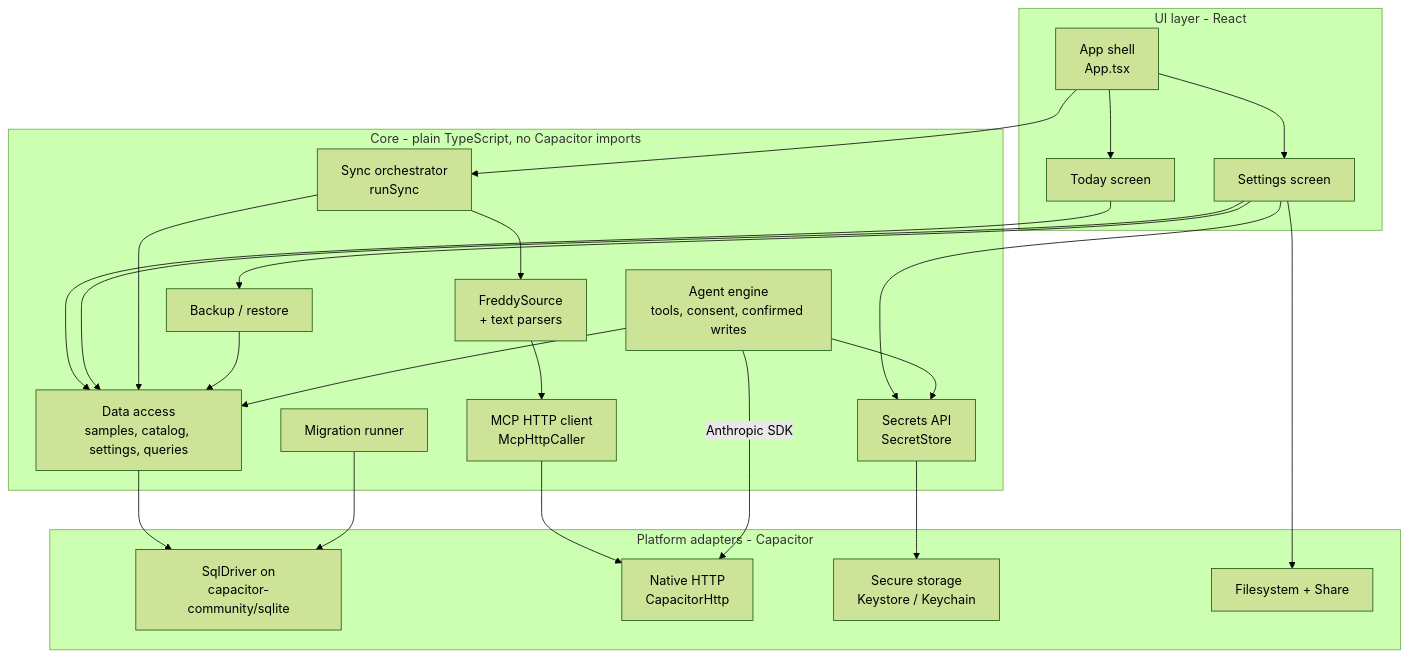
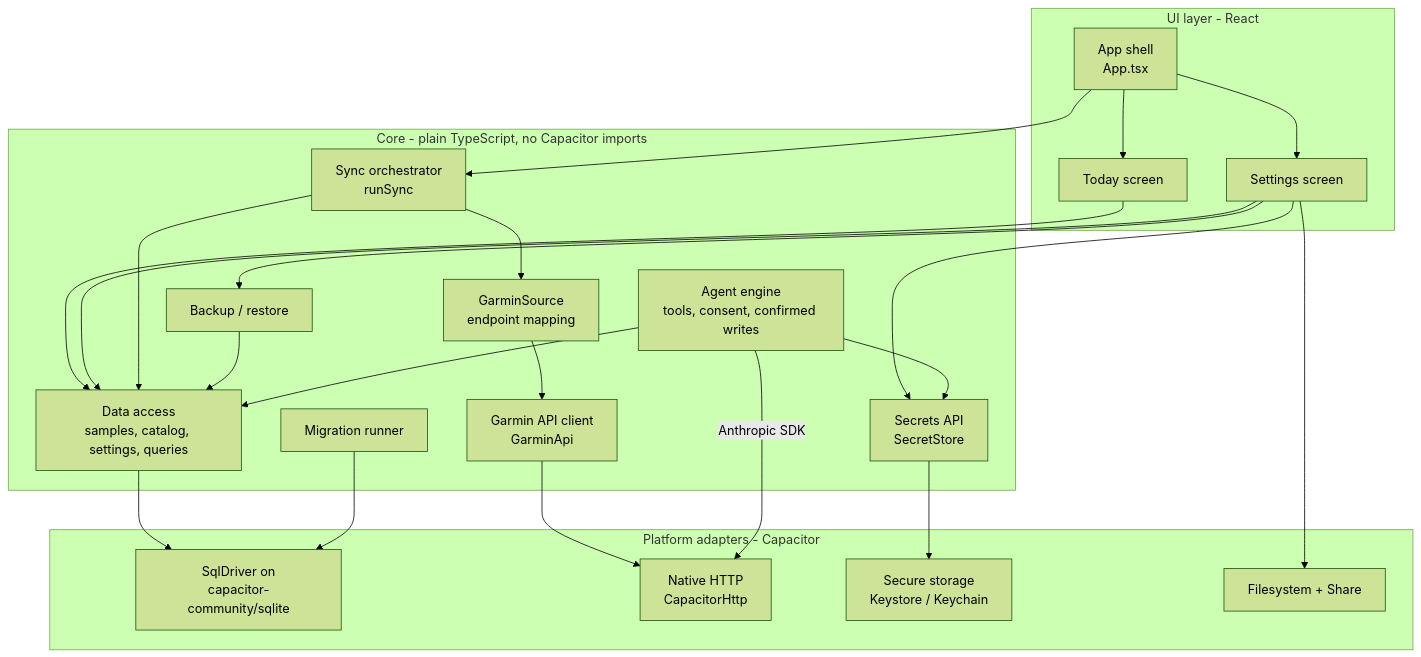
Before and after one commit to alfredoartilesv/even: the second of 6 diagrams in docs/HLD.md, drawn with Mermaid (forest theme). The commit also changed other lines of this file and 45 other files, not shown here.

First line of the commit message:
Daily aggregation fix for Garmin workouts; remove the freddy code; docs

````diff
--- a/docs/HLD.md
+++ b/docs/HLD.md
@@ -56,39 +54,39 @@
 ```mermaid
 flowchart TB
   subgraph ui[UI layer - React]
     appShell[App shell<br/>App.tsx]
     today[Today screen]
     settings[Settings screen]
   end
   subgraph core[Core - plain TypeScript, no Capacitor imports]
     sync[Sync orchestrator<br/>runSync]
-    source[FreddySource<br/>+ text parsers]
-    mcp[MCP HTTP client<br/>McpHttpCaller]
+    source[GarminSource<br/>endpoint mapping]
+    api[Garmin API client<br/>GarminApi]
     backup[Backup / restore]
     repo[Data access<br/>samples, catalog, settings, queries]
     migrate[Migration runner]
     secretsApi[Secrets API<br/>SecretStore]
     chat[Agent engine<br/>tools, consent, confirmed writes]
   end
   subgraph platform[Platform adapters - Capacitor]
     driver[SqlDriver on<br/>capacitor-community/sqlite]
     nativeHttp[Native HTTP<br/>CapacitorHttp]
     secure[Secure storage<br/>Keystore / Keychain]
     files[Filesystem + Share]
   end
 
   appShell --> today & settings
   appShell --> sync
   today --> repo
   settings --> backup & secretsApi & repo
-  sync --> source --> mcp --> nativeHttp
+  sync --> source --> api --> nativeHttp
   sync --> repo
   backup --> repo
   repo --> driver
   migrate --> driver
   secretsApi --> secure
   settings --> files
   chat --> repo
   chat --> secretsApi
   chat -- "Anthropic SDK" --> nativeHttp
 ```
````
